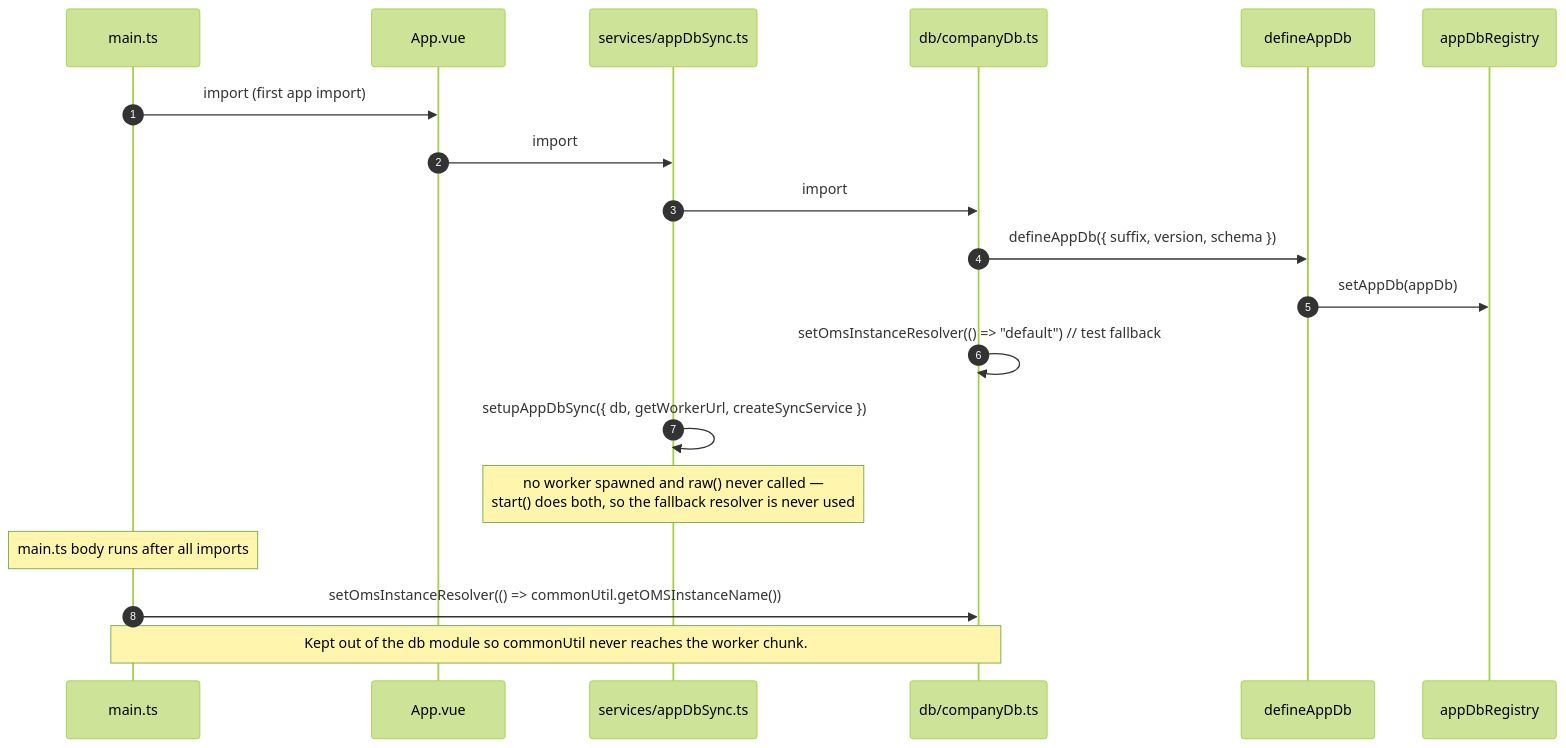
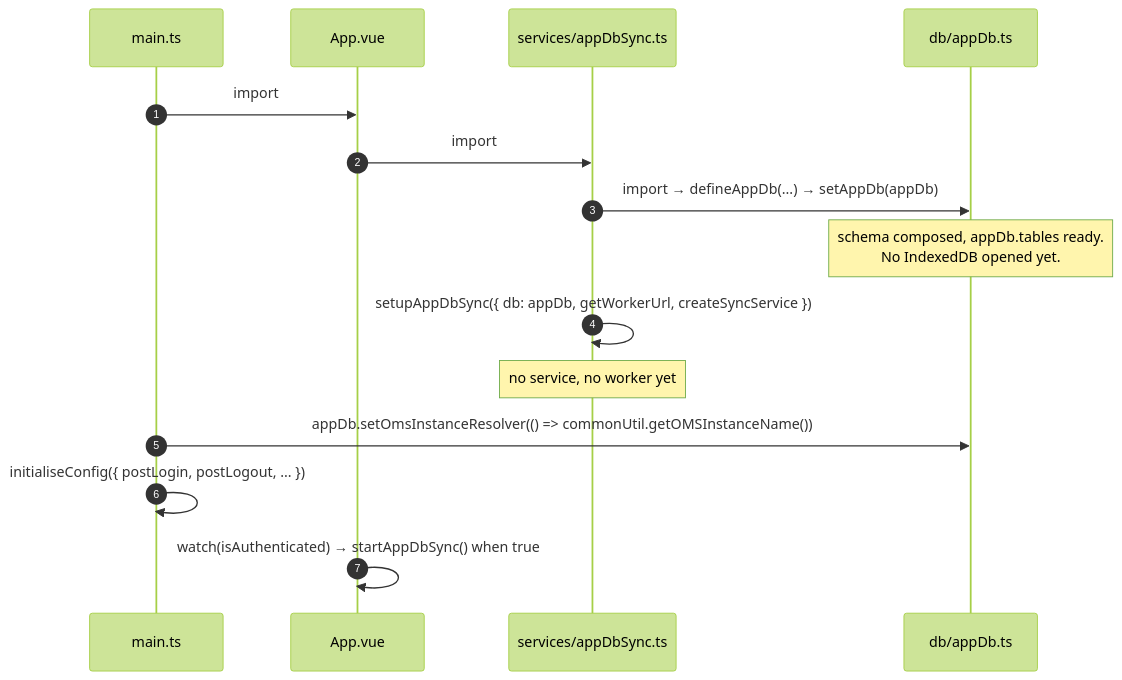
One commit to hotwax/accxui changed the first of 9 diagrams in docs/APP_DB_SYNC_FLOWS.md. Above: the diagram before and after it, drawn with Mermaid (forest theme). The commit also changed other lines of this file and 2 other files, not shown here.

Commit message:
Improved: Rewrote the app database docs as short, diagram-led guides for a generic APP.

````diff
--- a/docs/APP_DB_SYNC_FLOWS.md
+++ b/docs/APP_DB_SYNC_FLOWS.md
@@ -200,22 +28,18 @@
 ```mermaid
 sequenceDiagram
     autonumber
     participant M as main.ts
     participant APP as App.vue
     participant SVC as services/appDbSync.ts
-    participant DBM as db/companyDb.ts
-    participant FW as defineAppDb
-    participant REG as appDbRegistry
+    participant DB as db/appDb.ts
 
-    M->>APP: import (first app import)
+    M->>APP: import
     APP->>SVC: import
-    SVC->>DBM: import
-    DBM->>FW: defineAppDb({ suffix, version, schema })
-    FW->>REG: setAppDb(appDb)
-    DBM->>DBM: setOmsInstanceResolver(() => "default")  // test fallback
-    SVC->>SVC: setupAppDbSync({ db, getWorkerUrl, createSyncService })
-    Note over SVC: no worker spawned and raw() never called —<br/>start() does both, so the fallback resolver is never used
-    Note over M: main.ts body runs after all imports
-    M->>DBM: setOmsInstanceResolver(() => commonUtil.getOMSInstanceName())
-    Note over M,DBM: Kept out of the db module so commonUtil never reaches the worker chunk.
+    SVC->>DB: import → defineAppDb(...) → setAppDb(appDb)
+    Note over DB: schema composed, appDb.tables ready.<br/>No IndexedDB opened yet.
+    SVC->>SVC: setupAppDbSync({ db: appDb, getWorkerUrl, createSyncService })
+    Note over SVC: no service, no worker yet
+    M->>DB: appDb.setOmsInstanceResolver(() => commonUtil.getOMSInstanceName())
+    M->>M: initialiseConfig({ postLogin, postLogout, ... })
+    APP->>APP: watch(isAuthenticated) → startAppDbSync() when true
 ```
````
